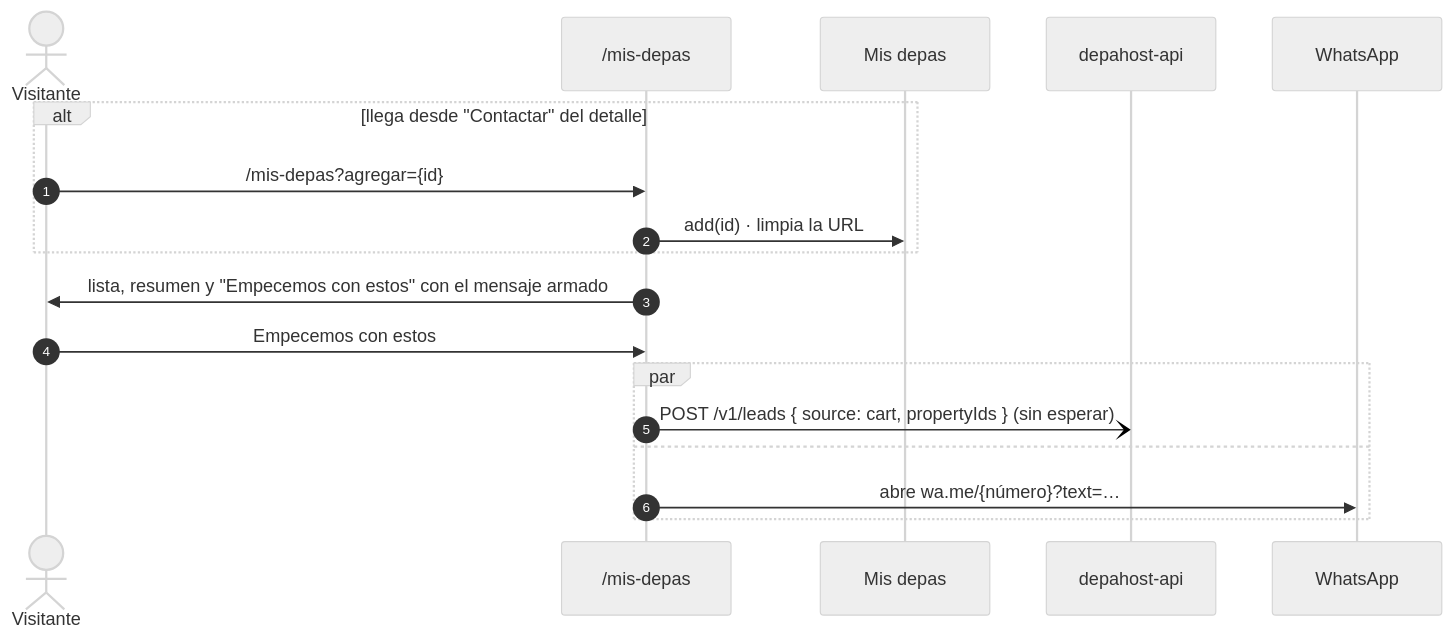
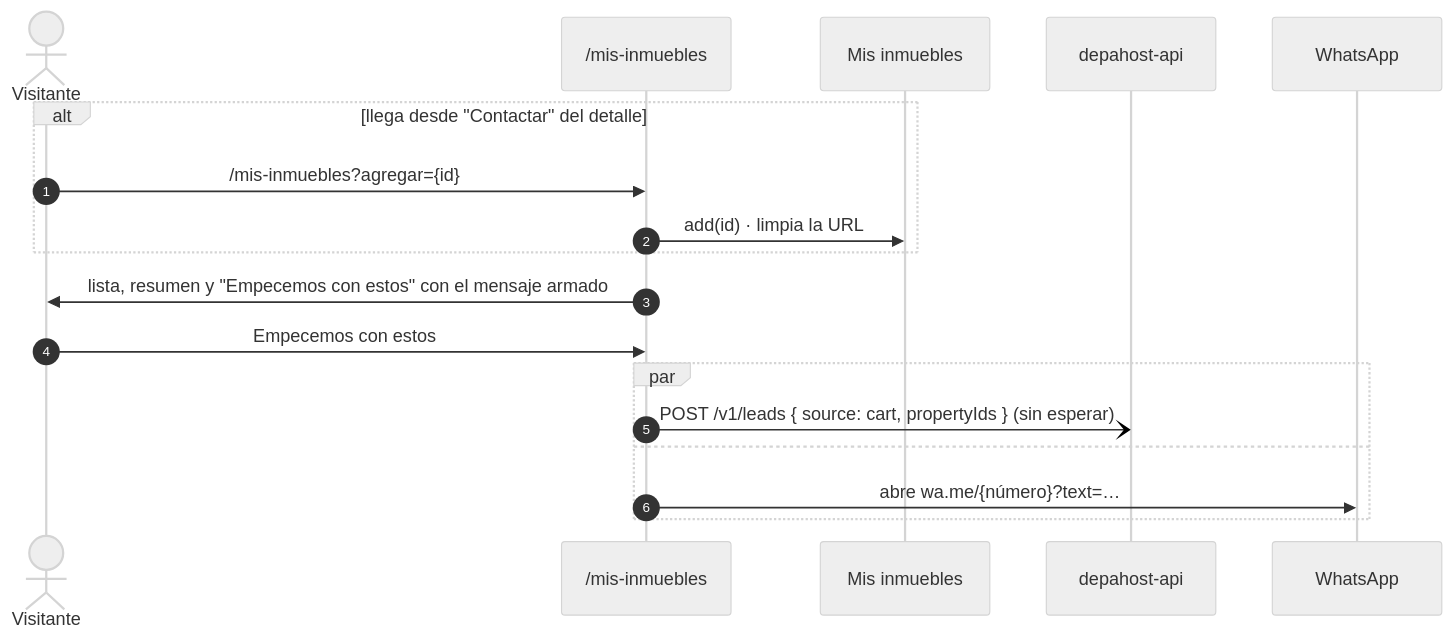
One commit to samirharrytl/DHC_landing changed diagram 13 of 18 in docs/plataforma/05-flujos.md. Above: the diagram before and after it, drawn with Mermaid (neutral theme). The commit also changed other lines of this file and 72 other files, not shown here.

First line of the commit message:
Fuente Poppins como depahostperu.com, "Mis depas" pasa a "Mis inmuebles" y cambios en API y panel

````diff
--- a/docs/plataforma/05-flujos.md
+++ b/docs/plataforma/05-flujos.md
@@ -458,21 +458,21 @@
 ```mermaid
 sequenceDiagram
     autonumber
     actor V as Visitante
-    participant P as /mis-depas
-    participant ST as Mis depas
+    participant P as /mis-inmuebles
+    participant ST as Mis inmuebles
     participant API as depahost-api
     participant WA as WhatsApp
 
     alt llega desde "Contactar" del detalle
-        V->>P: /mis-depas?agregar={id}
+        V->>P: /mis-inmuebles?agregar={id}
         P->>ST: add(id) · limpia la URL
     end
     P->>V: lista, resumen y "Empecemos con estos" con el mensaje armado
     V->>P: Empecemos con estos
     par
         P-)API: POST /v1/leads { source: cart, propertyIds } (sin esperar)
     and
         P->>WA: abre wa.me/{número}?text=…
     end
 ```
````
